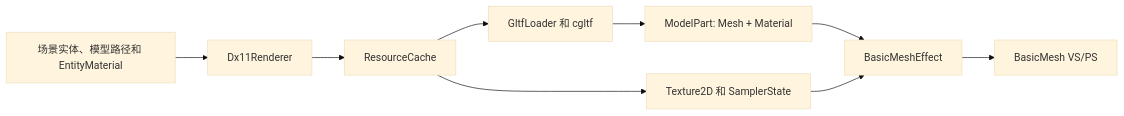
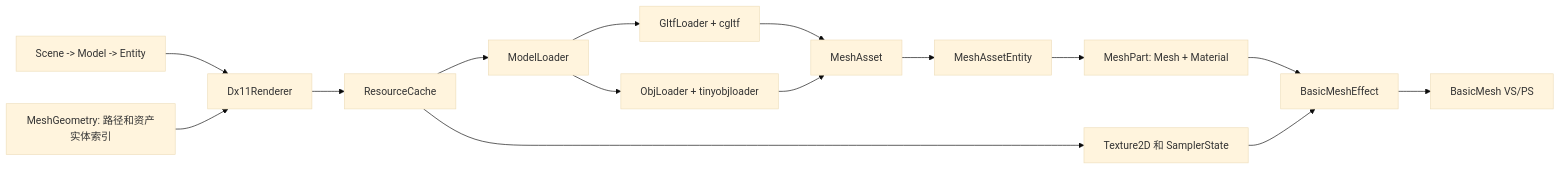
One commit to ELPSYKONGR/LRenderDemo changed the diagram in docs/model-import-and-material.md. Above: the diagram before and after it, drawn with Mermaid (base theme). The commit also changed other lines of this file and 41 other files, not shown here.

````diff
--- a/docs/model-import-and-material.md
+++ b/docs/model-import-and-material.md
@@ -8,11 +8,17 @@
 ```mermaid
 graph LR
-    Scene[场景实体、模型路径和 EntityMaterial] --> Renderer[Dx11Renderer]
+    Scene[Scene -> Model -> Entity] --> Renderer[Dx11Renderer]
+    Entity[MeshGeometry: 路径和资产实体索引] --> Renderer
     Renderer --> Cache[ResourceCache]
-    Cache --> Loader[GltfLoader 和 cgltf]
-    Loader --> Model[ModelPart: Mesh + Material]
+    Cache --> Loader[ModelLoader]
+    Loader --> Gltf[GltfLoader + cgltf]
+    Loader --> Obj[ObjLoader + tinyobjloader]
+    Gltf --> Asset[MeshAsset]
+    Obj --> Asset
+    Asset --> AssetEntity[MeshAssetEntity]
+    AssetEntity --> Part[MeshPart: Mesh + Material]
     Cache --> Texture[Texture2D 和 SamplerState]
-    Model --> Effect[BasicMeshEffect]
+    Part --> Effect[BasicMeshEffect]
     Texture --> Effect
     Effect --> Shader[BasicMesh VS/PS]
 ```
````
